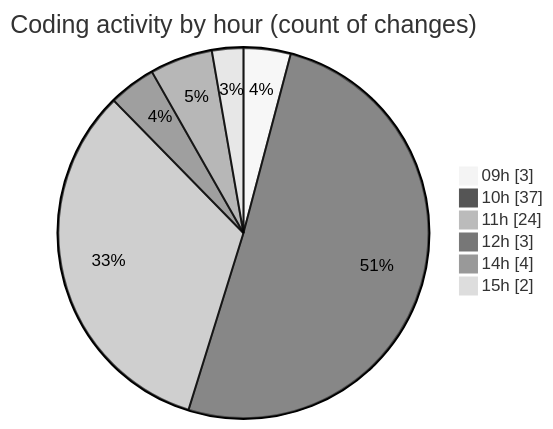
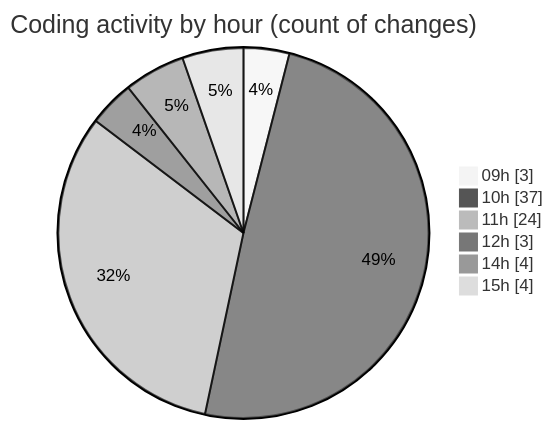
Before and after one commit to CELIANVF/code-tracking: the second of 2 diagrams in 2025-05-02/ecodeli/README.md, drawn with Mermaid (neutral theme). The commit also changed other lines of this file and 1 other file, not shown here.

````diff
--- a/2025-05-02/ecodeli/README.md
+++ b/2025-05-02/ecodeli/README.md
@@ -60,10 +61,10 @@
 ```mermaid
 pie showData
 title Coding activity by hour (count of changes)
 "09h" : 3
 "10h" : 37
 "11h" : 24
 "12h" : 3
 "14h" : 4
-"15h" : 2
+"15h" : 4
 ```
````
